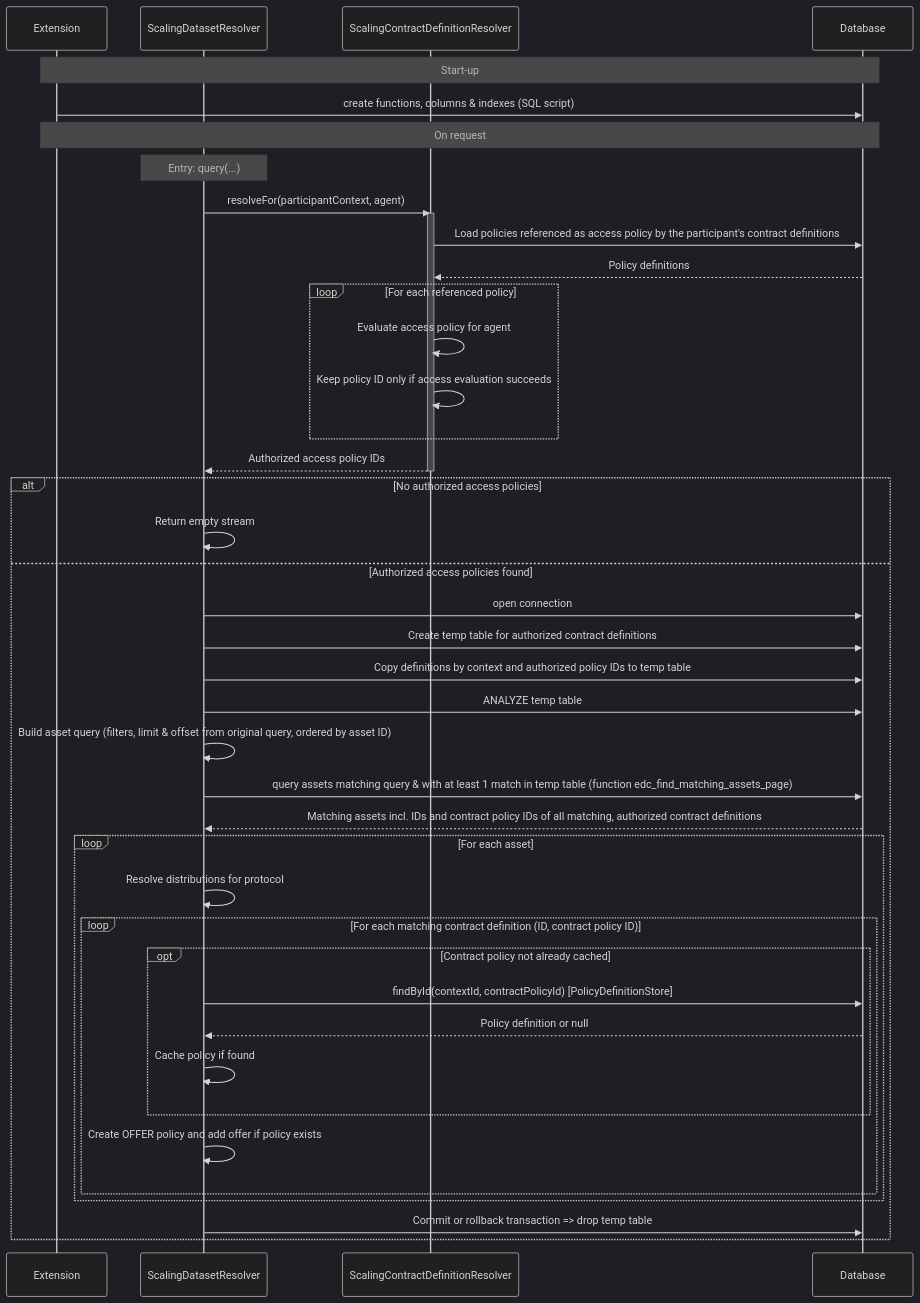
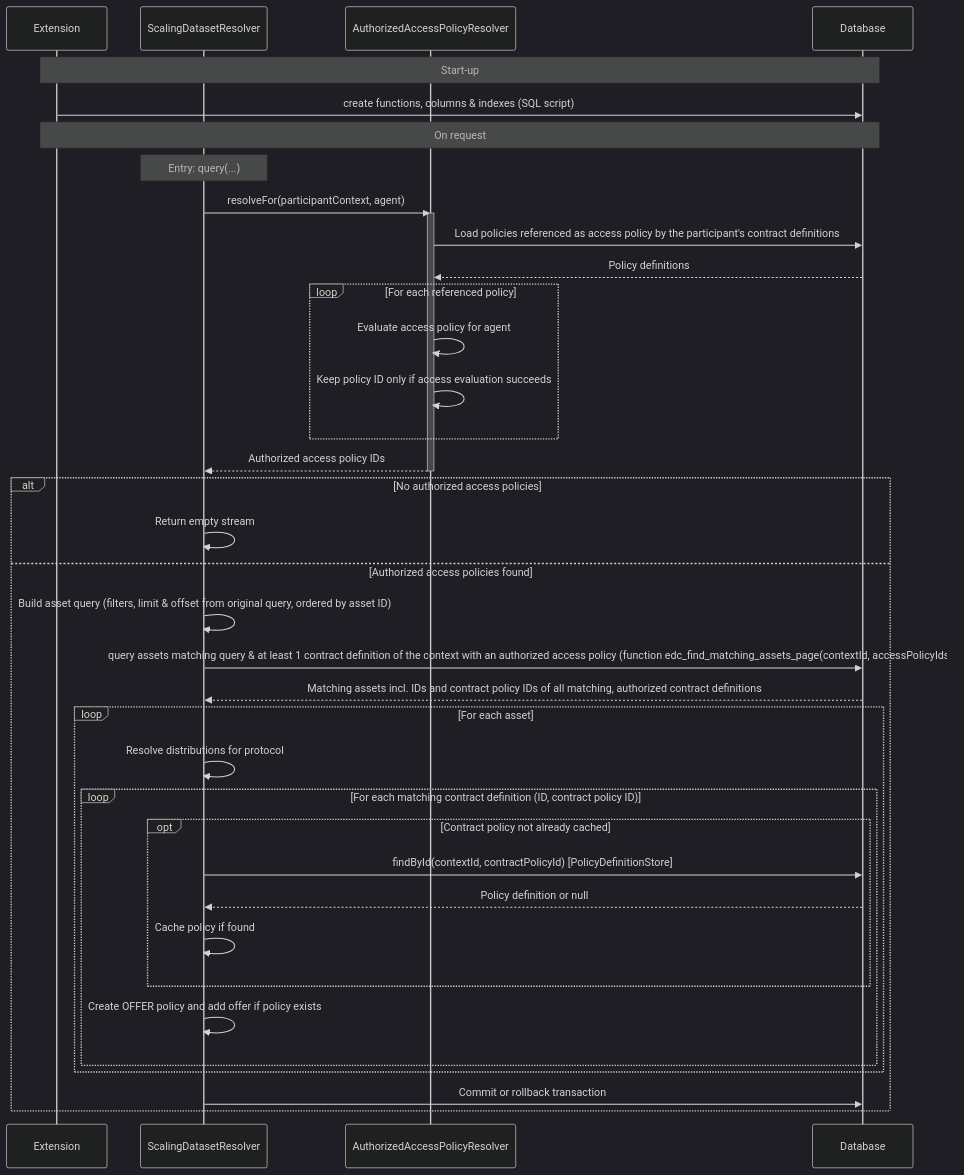
One commit to FraunhoferISST/tractusx-edc changed the diagram in edc-extensions/catalog-scaling/docs/1_dataset-resolver-sequence.mmd. Above: the diagram before and after it, drawn with Mermaid (dark theme). The commit also changed 9 other files, not shown here.

Commit message:
feat: query contract definitions table directly

```diff
--- a/edc-extensions/catalog-scaling/docs/1_dataset-resolver-sequence.mmd
+++ b/edc-extensions/catalog-scaling/docs/1_dataset-resolver-sequence.mmd
@@ -1,76 +1,72 @@
 %% =====================================================================================================================
 %%  Copyright (c) 2026 Volkswagen AG
 %%  -
 %%  See the NOTICE file(s) distributed with this work for additional
 %%  information regarding copyright ownership.
 %%  -
 %%  This program and the accompanying materials are made available under the
 %%  terms of the Apache License, Version 2.0 which is available at
 %%  https://www.apache.org/licenses/LICENSE-2.0.
 %%  -
 %%  Unless required by applicable law or agreed to in writing, software
 %%  distributed under the License is distributed on an "AS IS" BASIS, WITHOUT
 %%  WARRANTIES OR CONDITIONS OF ANY KIND, either express or implied. See the
 %%  License for the specific language governing permissions and limitations
 %%  under the License.
 %%  -
 %%  AI Disclosure: This file was largely AI-generated. The AI-generated
 %%  portions are made available under CC0-1.0 and not subject to the
 %%  project's licence. The human contributor has reviewed and verified
 %%  that the code is correct.
 %%  -
 %%  SPDX-License-Identifier: CC-BY-4.0 AND CC0-1.0
 %%  Assisted-by: GitHub Copilot (Claude-Opus-5.5)
 %% =====================================================================================================================
 
 sequenceDiagram
     participant E as Extension
     participant D as ScalingDatasetResolver
-    participant C as ScalingContractDefinitionResolver
+    participant C as AuthorizedAccessPolicyResolver
     participant DB as Database
 
     Note over E,DB: Start-up
 
     E->>DB: create functions, columns & indexes (SQL script)
 
     Note over E,DB: On request
 
     Note over D: Entry: query(...)
     D->>C: resolveFor(participantContext, agent)
     activate C
     C->>DB: Load policies referenced as access policy by the participant's contract definitions
     DB-->>C: Policy definitions
 
     loop For each referenced policy
         C->>C: Evaluate access policy for agent
         C->>C: Keep policy ID only if access evaluation succeeds
     end
 
     C-->>D: Authorized access policy IDs
     deactivate C
 
     alt No authorized access policies
         D->>D: Return empty stream
     else Authorized access policies found
-        D->>DB: open connection
-        D->>DB: Create temp table for authorized contract definitions
-        D->>DB: Copy definitions by context and authorized policy IDs to temp table
-        D->>DB: ANALYZE temp table
         D->>D: Build asset query (filters, limit & offset from original query, ordered by asset ID)
-        D->>DB: query assets matching query & with at least 1 match in temp table (function edc_find_matching_assets_page)
+        D->>DB: query assets matching query & at least 1 contract definition of the context with an authorized access policy (function edc_find_matching_assets_page(contextId, accessPolicyIds))
         DB-->>D: Matching assets incl. IDs and contract policy IDs of all matching, authorized contract definitions
 
         loop For each asset
             D->>D: Resolve distributions for protocol
             loop For each matching contract definition (ID, contract policy ID)
                 opt Contract policy not already cached
                     D->>DB: findById(contextId, contractPolicyId) [PolicyDefinitionStore]
                     DB-->>D: Policy definition or null
                     D->>D: Cache policy if found
                 end
                 D->>D: Create OFFER policy and add offer if policy exists
             end
         end
 
-        D->>DB: Commit or rollback transaction => drop temp table
+        D->>DB: Commit or rollback transaction
     end
```
